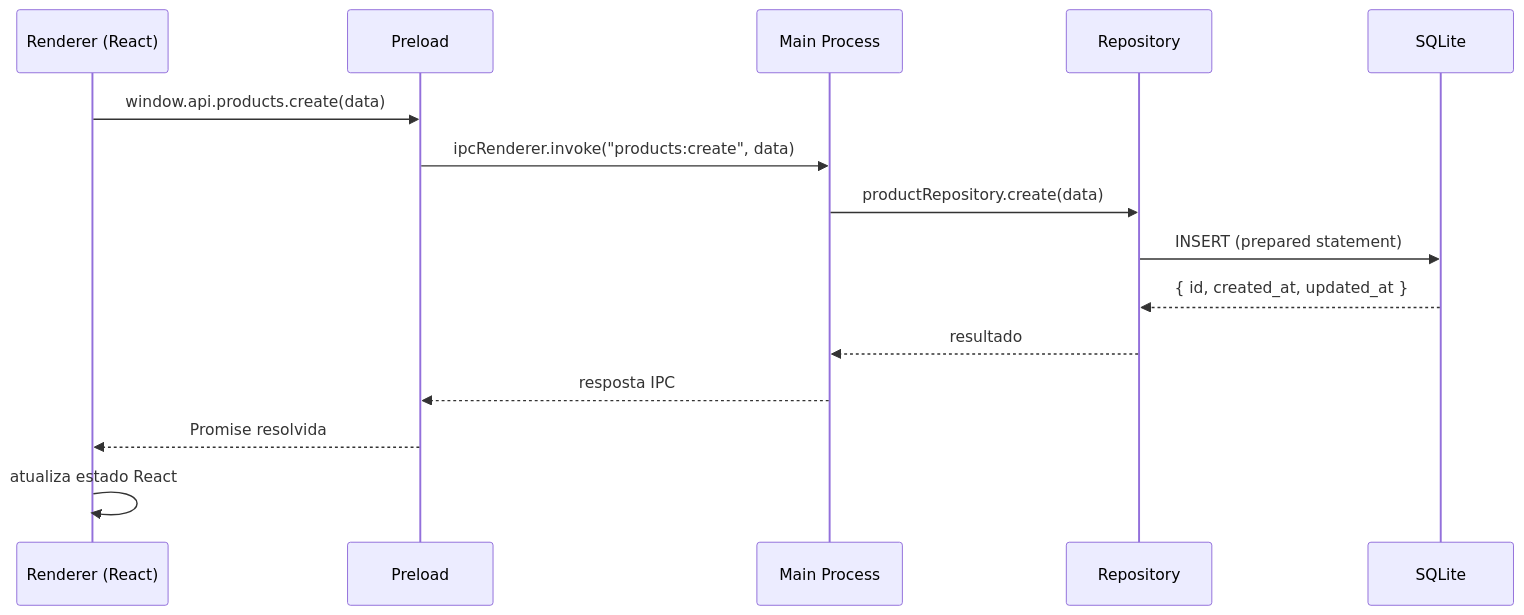
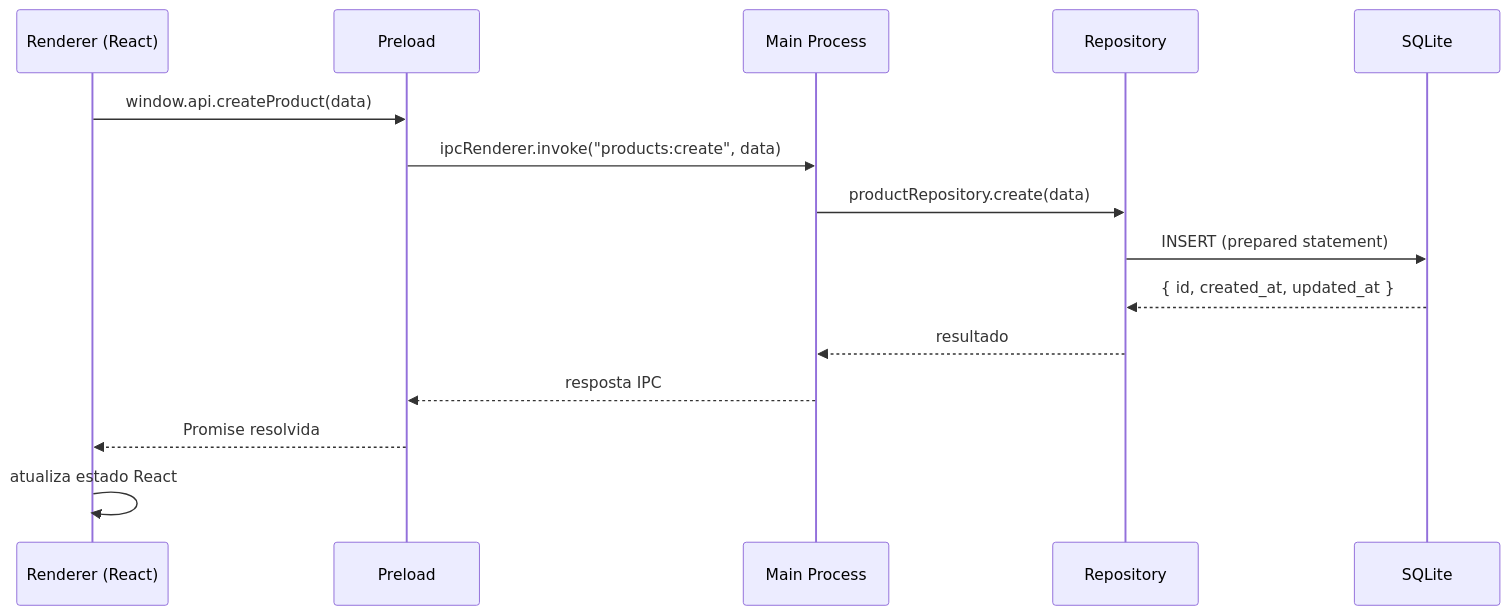
One commit to kvojps/meu-negocio-app changed the second of 2 diagrams in docs/architecture.md. Above: the diagram before and after it, drawn with Mermaid. The commit also changed other lines of this file and 1 other file, not shown here.

````diff
--- a/docs/architecture.md
+++ b/docs/architecture.md
@@ -170,18 +187,18 @@
 ```mermaid
 sequenceDiagram
     participant UI as Renderer (React)
     participant Pre as Preload
     participant Main as Main Process
     participant Repo as Repository
     participant DB as SQLite
 
-    UI->>Pre: window.api.products.create(data)
+    UI->>Pre: window.api.createProduct(data)
     Pre->>Main: ipcRenderer.invoke("products:create", data)
     Main->>Repo: productRepository.create(data)
     Repo->>DB: INSERT (prepared statement)
     DB-->>Repo: { id, created_at, updated_at }
     Repo-->>Main: resultado
     Main-->>Pre: resposta IPC
     Pre-->>UI: Promise resolvida
     UI->>UI: atualiza estado React
 ```
````
